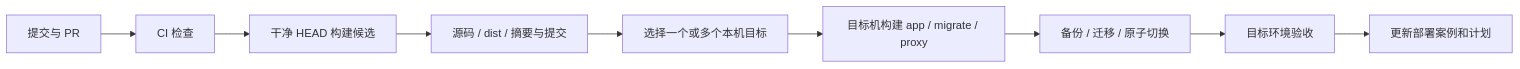
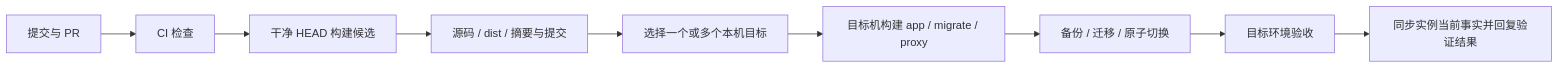
Before and after one commit to fulin-peng-ydxs/ai-my-bill: the diagram in agent-works/deployment/continuous-delivery.md, drawn with Mermaid. The commit also changed other lines of this file and 46 other files, not shown here.

````diff
--- a/agent-works/deployment/continuous-delivery.md
+++ b/agent-works/deployment/continuous-delivery.md
@@ -7,11 +7,11 @@
 ```mermaid
 flowchart LR
   Commit[提交与 PR] --> CI[CI 检查]
   CI --> Candidate[干净 HEAD 构建候选]
   Candidate --> Manifest[源码 / dist / 摘要与提交]
   Manifest --> Target[选择一个或多个本机目标]
   Target --> Images[目标机构建 app / migrate / proxy]
   Images --> Release[备份 / 迁移 / 原子切换]
   Release --> Verify[目标环境验收]
-  Verify --> Case[更新部署案例和计划]
+  Verify --> Case[同步实例当前事实并回复验证结果]
 ```
````
